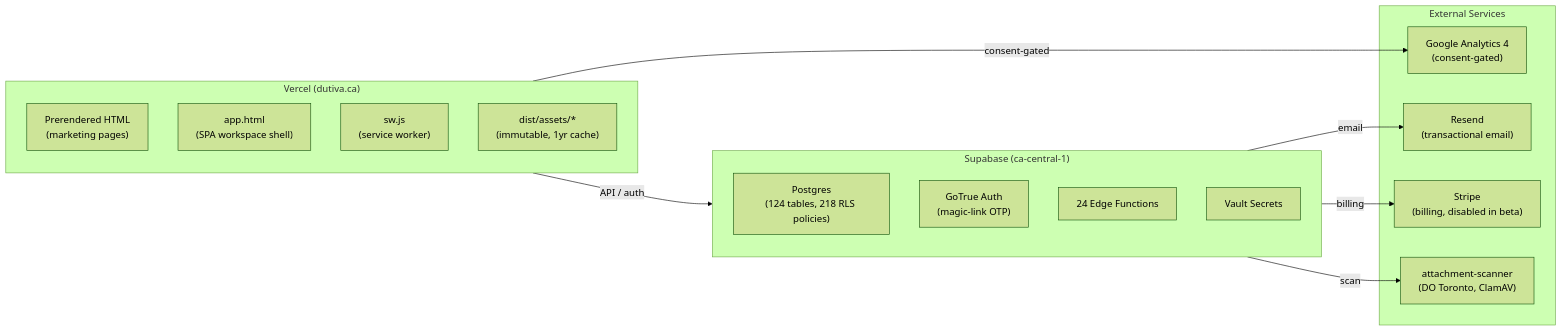
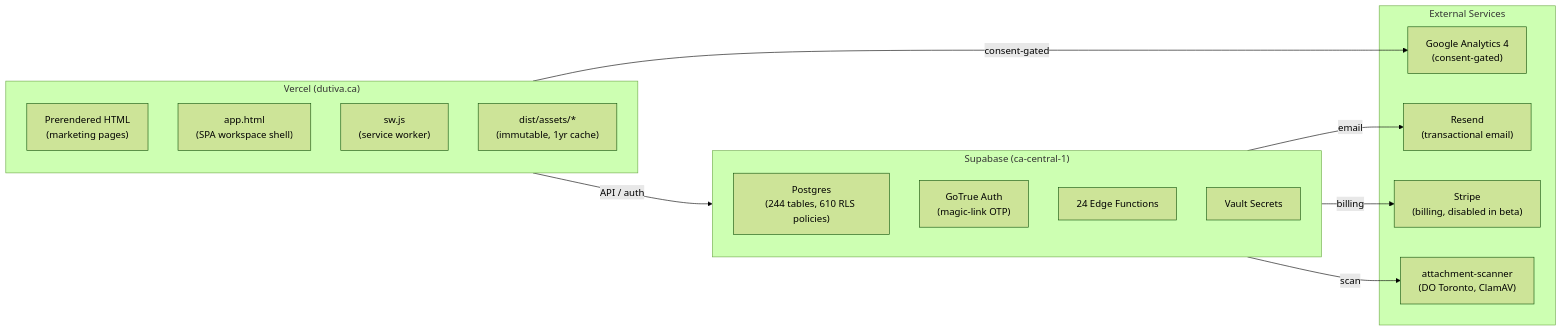
The third of 3 diagrams in docs/wiki/Infrastructure-CICD.md (Dutiva-Canada/Dutiva_Web), drawn with Mermaid (forest theme) before and after one commit. The commit also changed 84 other files, not shown here.

````diff
--- a/docs/wiki/Infrastructure-CICD.md
+++ b/docs/wiki/Infrastructure-CICD.md
@@ -135,31 +135,31 @@
 ```mermaid
 flowchart LR
     subgraph Vercel["Vercel (dutiva.ca)"]
         direction TB
         Static["Prerendered HTML\n(marketing pages)"]
         AppShell["app.html\n(SPA workspace shell)"]
         SW["sw.js\n(service worker)"]
         Assets["dist/assets/*\n(immutable, 1yr cache)"]
     end
 
     subgraph SupabaseProject["Supabase (ca-central-1)"]
         direction TB
-        DB["Postgres\n(124 tables, 218 RLS policies)"]
+        DB["Postgres\n(244 tables, 610 RLS policies)"]
         Auth["GoTrue Auth\n(magic-link OTP)"]
         EdgeFns["24 Edge Functions"]
         Vault["Vault Secrets"]
     end
 
     subgraph External["External Services"]
         Resend["Resend\n(transactional email)"]
         Stripe["Stripe\n(billing, disabled in beta)"]
         GA4["Google Analytics 4\n(consent-gated)"]
         ClamAV["attachment-scanner\n(DO Toronto, ClamAV)"]
     end
 
     Vercel -->|"API / auth"| SupabaseProject
     EdgeFns -->|"email"| Resend
     EdgeFns -->|"billing"| Stripe
     EdgeFns -->|"scan"| ClamAV
     Vercel -->|"consent-gated"| GA4
 ```
````
